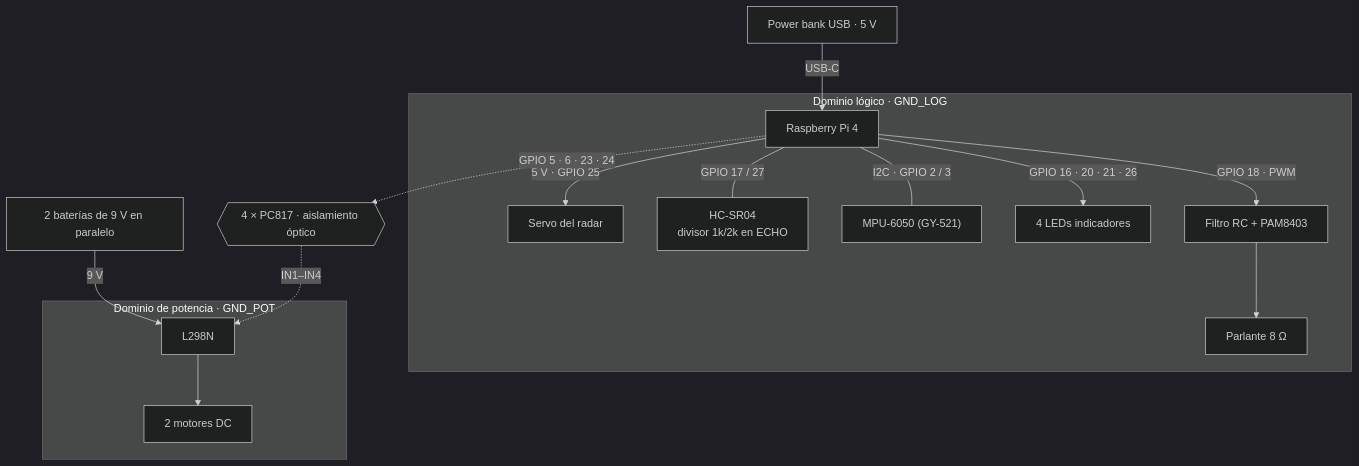
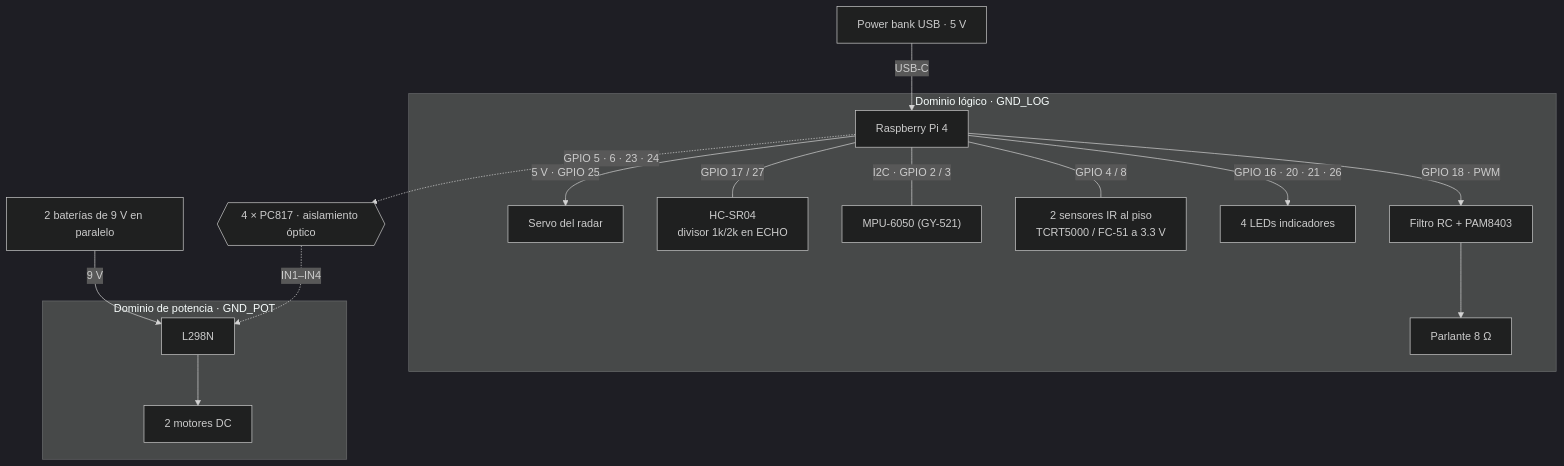
One commit to Randall-BL/EmpotradosProyecto1 changed the first of 2 diagrams in README.md. Above: the diagram before and after it, drawn with Mermaid (dark theme). The commit also changed other lines of this file and 29 other files, not shown here.

````diff
--- a/README.md
+++ b/README.md
@@ -46,32 +46,34 @@
 ```mermaid
 flowchart TB
     PB["Power bank USB · 5 V"]
     BAT["2 baterías de 9 V en paralelo"]
 
     subgraph LOG["Dominio lógico · GND_LOG"]
         PI["Raspberry Pi 4"]
         SERVO["Servo del radar"]
         HC["HC-SR04<br/>divisor 1k/2k en ECHO"]
         MPU["MPU-6050 (GY-521)"]
+        IR["2 sensores IR al piso<br/>TCRT5000 / FC-51 a 3.3 V"]
         LED["4 LEDs indicadores"]
         AMP["Filtro RC + PAM8403"]
         SPK["Parlante 8 Ω"]
     end
 
     OPTO{{"4 × PC817 · aislamiento óptico"}}
 
     subgraph POT["Dominio de potencia · GND_POT"]
         L298["L298N"]
         MOT["2 motores DC"]
     end
 
     PB -- "USB-C" --> PI
     BAT -- "9 V" --> L298 --> MOT
     PI -- "5 V · GPIO 25" --> SERVO
     PI -- "GPIO 17 / 27" --- HC
     PI -- "I2C · GPIO 2 / 3" --- MPU
+    PI -- "GPIO 4 / 8" --- IR
     PI -- "GPIO 16 · 20 · 21 · 26" --> LED
     PI -- "GPIO 18 · PWM" --> AMP --> SPK
     PI -. "GPIO 5 · 6 · 23 · 24" .-> OPTO
     OPTO -. "IN1–IN4" .-> L298
 ```
````
